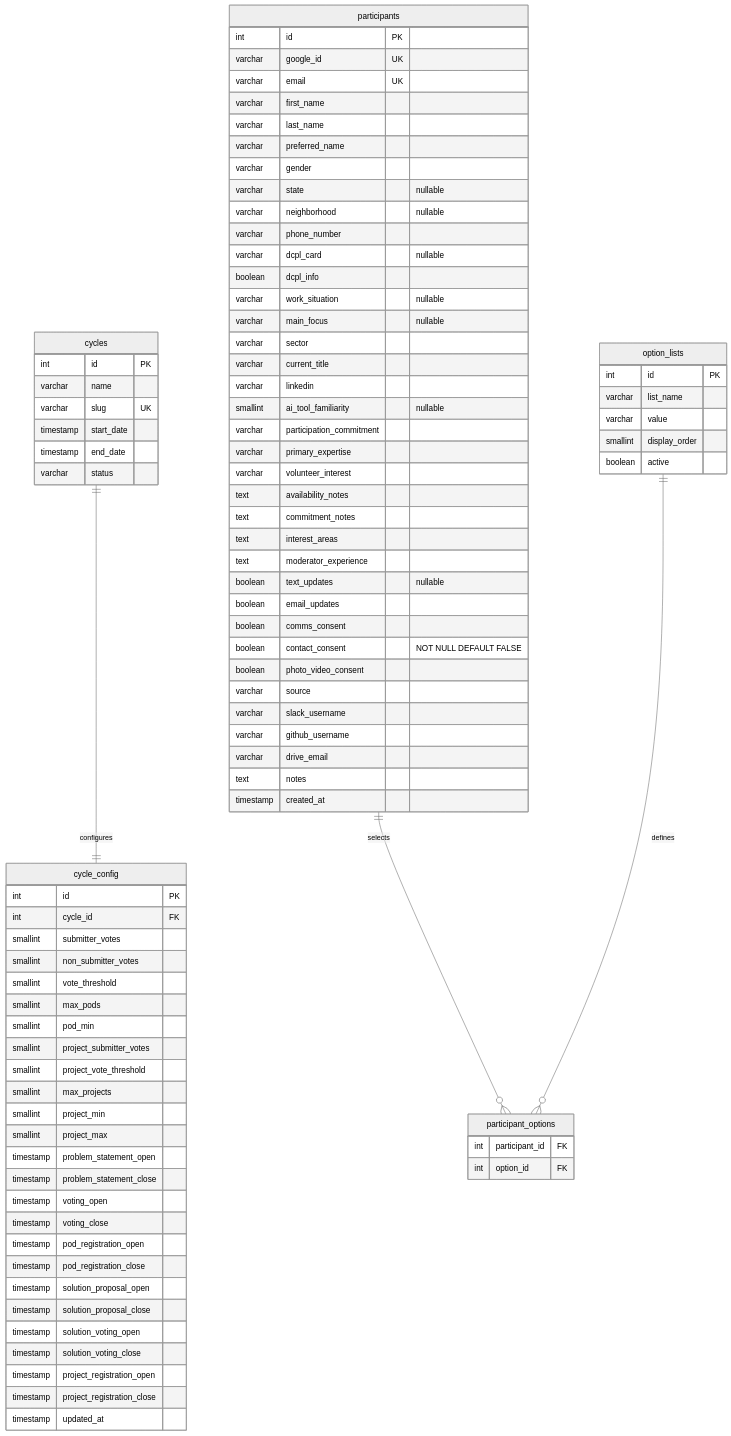
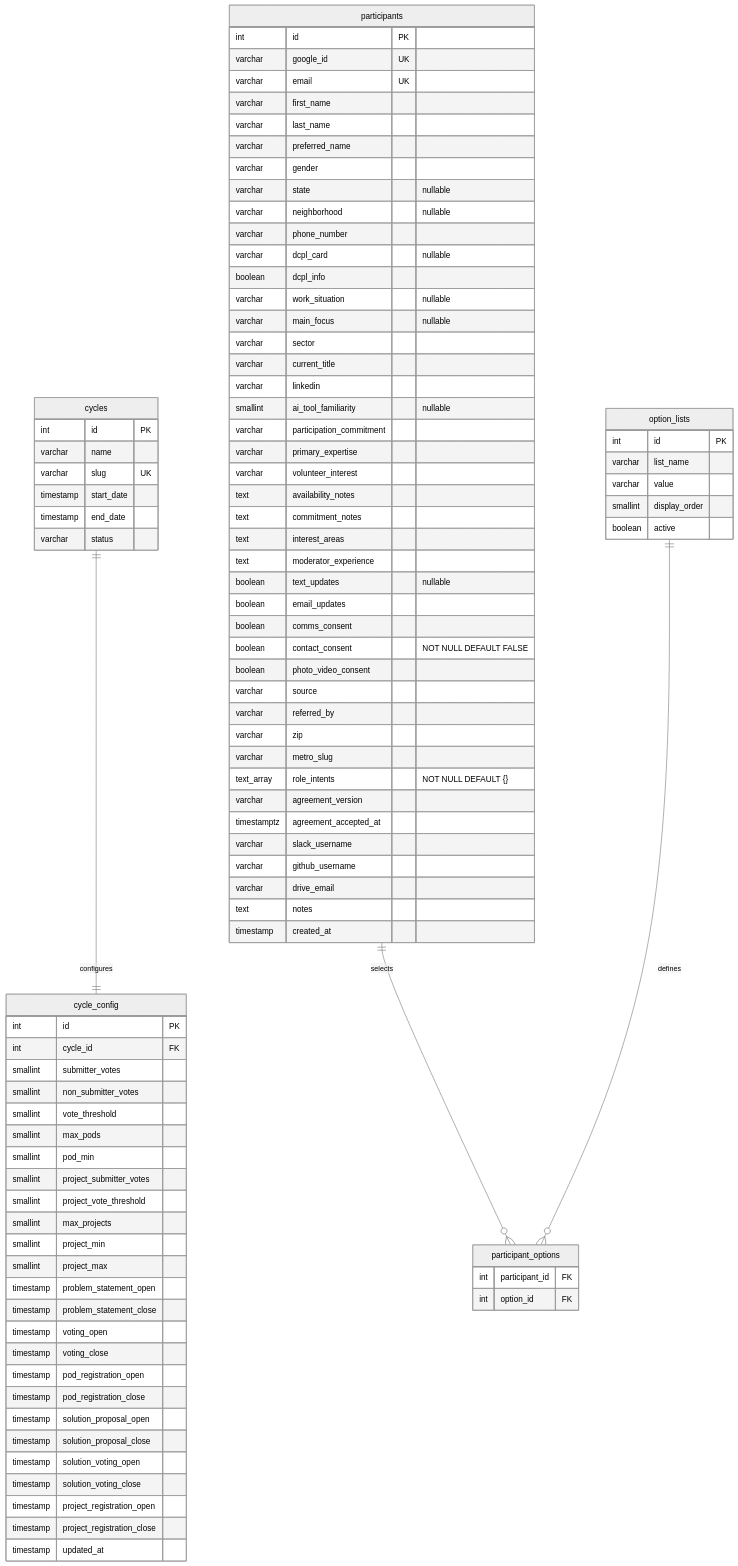
Before and after one commit to TheUpskillingLabs/OLOS: the second of 6 diagrams in SCHEMA.md, drawn with Mermaid (neutral theme). The commit also changed 10 other files, not shown here.

```diff
--- a/SCHEMA.md
+++ b/SCHEMA.md
@@ -109,6 +109,12 @@
         boolean contact_consent "NOT NULL DEFAULT FALSE"
         boolean photo_video_consent
         varchar source
+        varchar referred_by
+        varchar zip
+        varchar metro_slug
+        text_array role_intents "NOT NULL DEFAULT {}"
+        varchar agreement_version
+        timestamptz agreement_accepted_at
         varchar slack_username
         varchar github_username
         varchar drive_email
```
